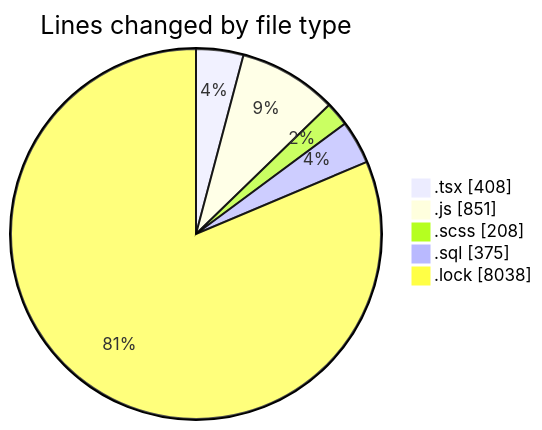
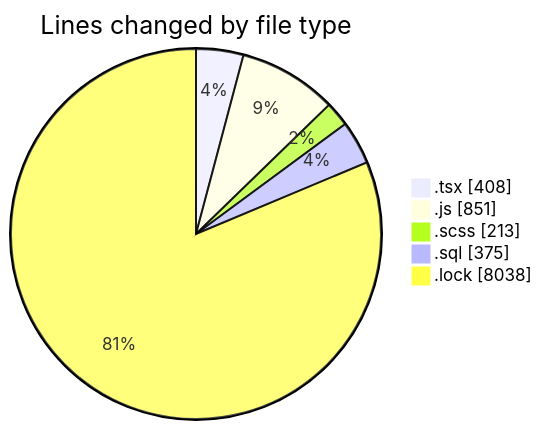
One commit to momahboobian/code-tracking changed the first of 2 diagrams in 2025-03-18/cda/README.md. Above: the diagram before and after it, drawn with Mermaid. The commit also changed other lines of this file and 1 other file, not shown here.

````diff
--- a/2025-03-18/cda/README.md
+++ b/2025-03-18/cda/README.md
@@ -30,9 +30,9 @@
 ```mermaid
 pie showData
 title Lines changed by file type
 ".tsx" : 408
 ".js" : 851
-".scss" : 208
+".scss" : 213
 ".sql" : 375
 ".lock" : 8038
 ```
````
